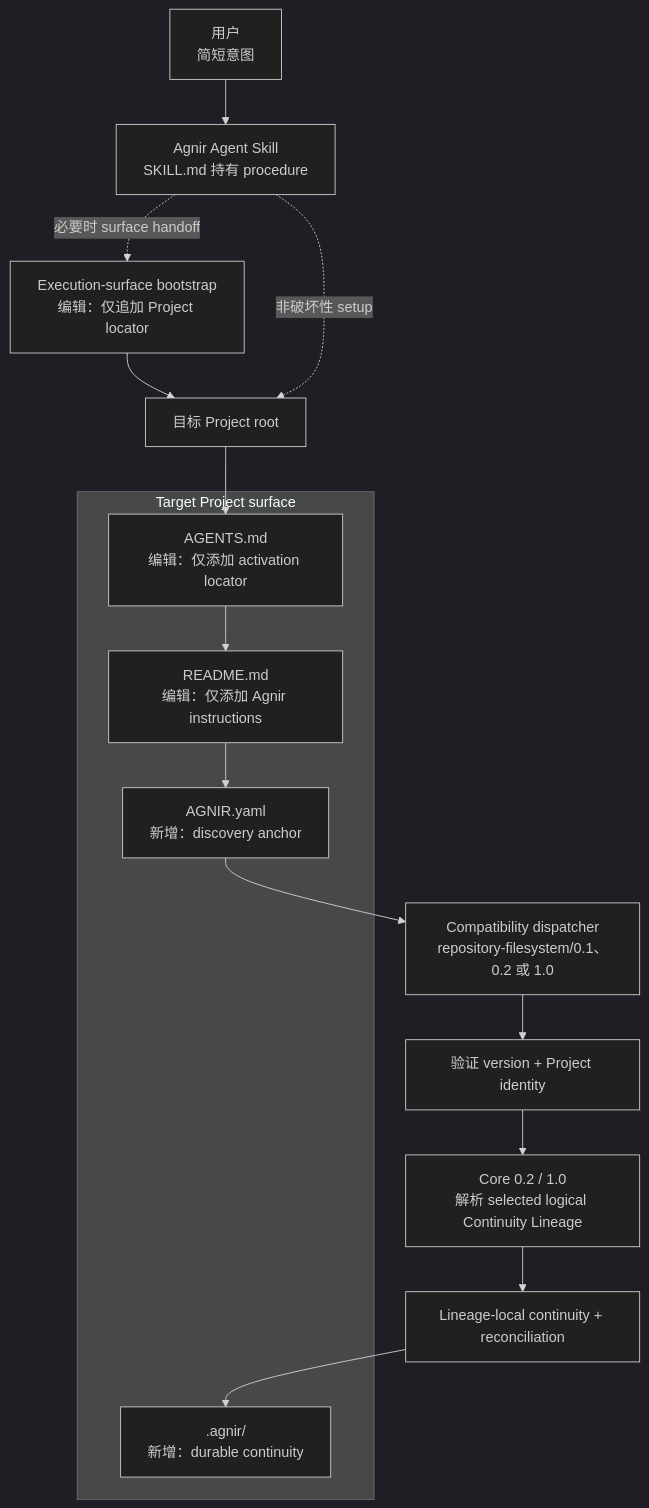
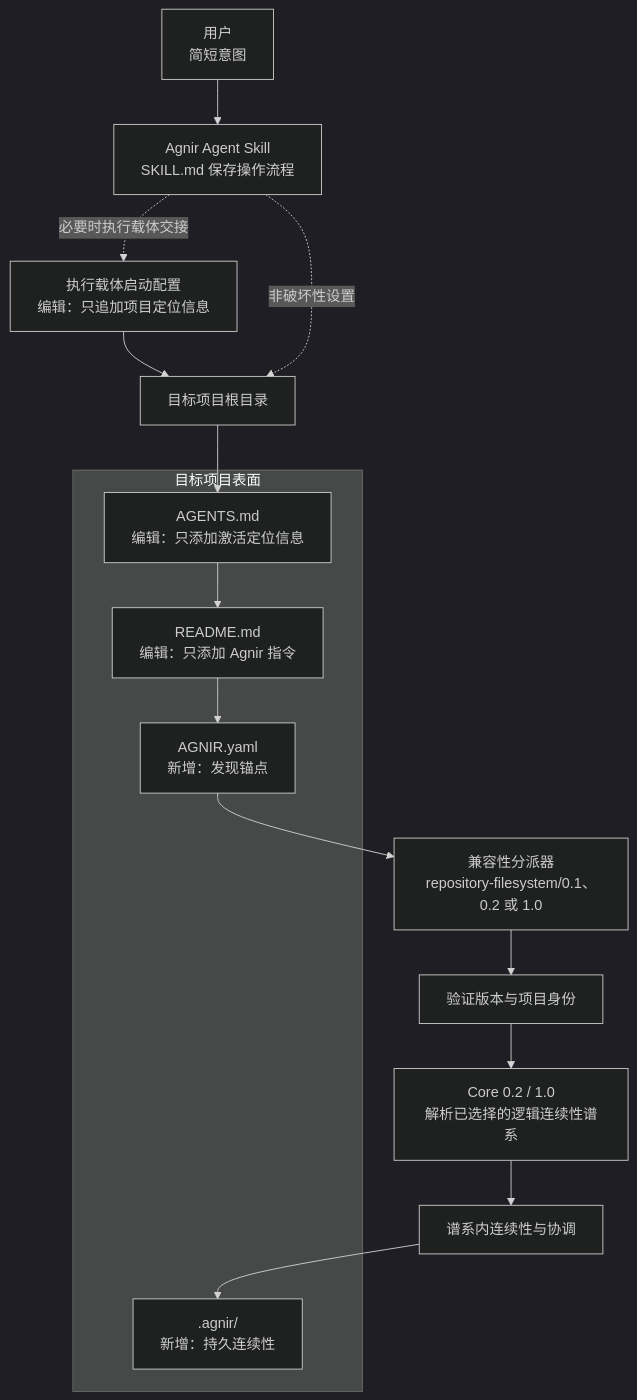
Before and after one commit to iorLab/agnir: the first of 2 diagrams in README.zh-CN.md, drawn with Mermaid (dark theme). The commit also changed other lines of this file and 10 other files, not shown here.

````diff
--- a/README.zh-CN.md
+++ b/README.zh-CN.md
@@ -94,22 +123,22 @@
 ```mermaid
 flowchart TB
-    U[用户\n简短意图] --> K[Agnir Agent Skill\nSKILL.md 持有 procedure]
-    K -. 必要时 surface handoff .-> X[Execution-surface bootstrap\n编辑：仅追加 Project locator]
-    X --> P[目标 Project root]
-    K -. 非破坏性 setup .-> P
+    U[用户\n简短意图] --> K[Agnir Agent Skill\nSKILL.md 保存操作流程]
+    K -. 必要时执行载体交接 .-> X[执行载体启动配置\n编辑：只追加项目定位信息]
+    X --> P[目标项目根目录]
+    K -. 非破坏性设置 .-> P
 
-    subgraph T[Target Project surface]
-        G[AGENTS.md\n编辑：仅添加 activation locator]
-        H[README.md\n编辑：仅添加 Agnir instructions]
-        A[AGNIR.yaml\n新增：discovery anchor]
-        F[.agnir/\n新增：durable continuity]
+    subgraph T[目标项目表面]
+        G[AGENTS.md\n编辑：只添加激活定位信息]
+        H[README.md\n编辑：只添加 Agnir 指令]
+        A[AGNIR.yaml\n新增：发现锚点]
+        F[.agnir/\n新增：持久连续性]
         G --> H --> A
     end
 
     P --> G
-    A --> D[Compatibility dispatcher\nrepository-filesystem/0.1、0.2 或 1.0]
-    D --> V[验证 version + Project identity]
-    V --> L[Core 0.2 / 1.0\n解析 selected logical Continuity Lineage]
-    L --> M[Lineage-local continuity + reconciliation]
+    A --> D[兼容性分派器\nrepository-filesystem/0.1、0.2 或 1.0]
+    D --> V[验证版本与项目身份]
+    V --> L[Core 0.2 / 1.0\n解析已选择的逻辑连续性谱系]
+    L --> M[谱系内连续性与协调]
     M --> F
 ```
````
